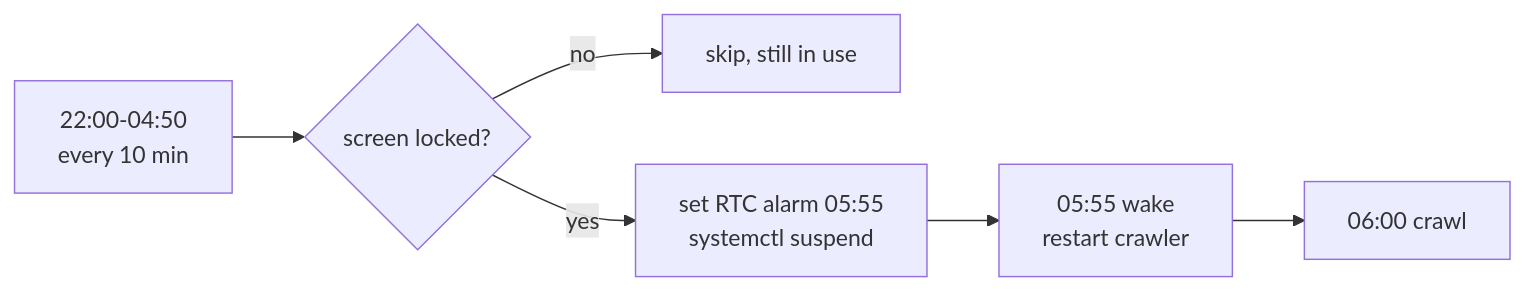
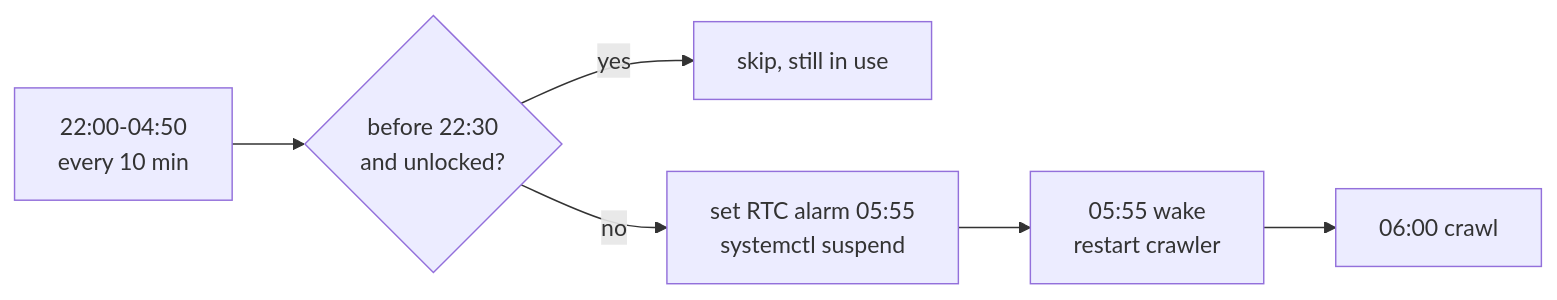
One commit to Asuforce/dotfiles changed the diagram in README.md. Above: the diagram before and after it, drawn with Mermaid. The commit also changed other lines of this file and 2 other files, not shown here.

Commit message:
Suspend from 22:30 even with the screen unlocked

````diff
--- a/README.md
+++ b/README.md
@@ -52,8 +52,8 @@
 ```mermaid
 flowchart LR
-  A["22:00-04:50<br/>every 10 min"] --> B{"screen locked?"}
-  B -- no --> C["skip, still in use"]
-  B -- yes --> D["set RTC alarm 05:55<br/>systemctl suspend"]
+  A["22:00-04:50<br/>every 10 min"] --> B{"before 22:30<br/>and unlocked?"}
+  B -- yes --> C["skip, still in use"]
+  B -- no --> D["set RTC alarm 05:55<br/>systemctl suspend"]
   D --> E["05:55 wake<br/>restart crawler"]
   E --> F["06:00 crawl"]
 ```
````
